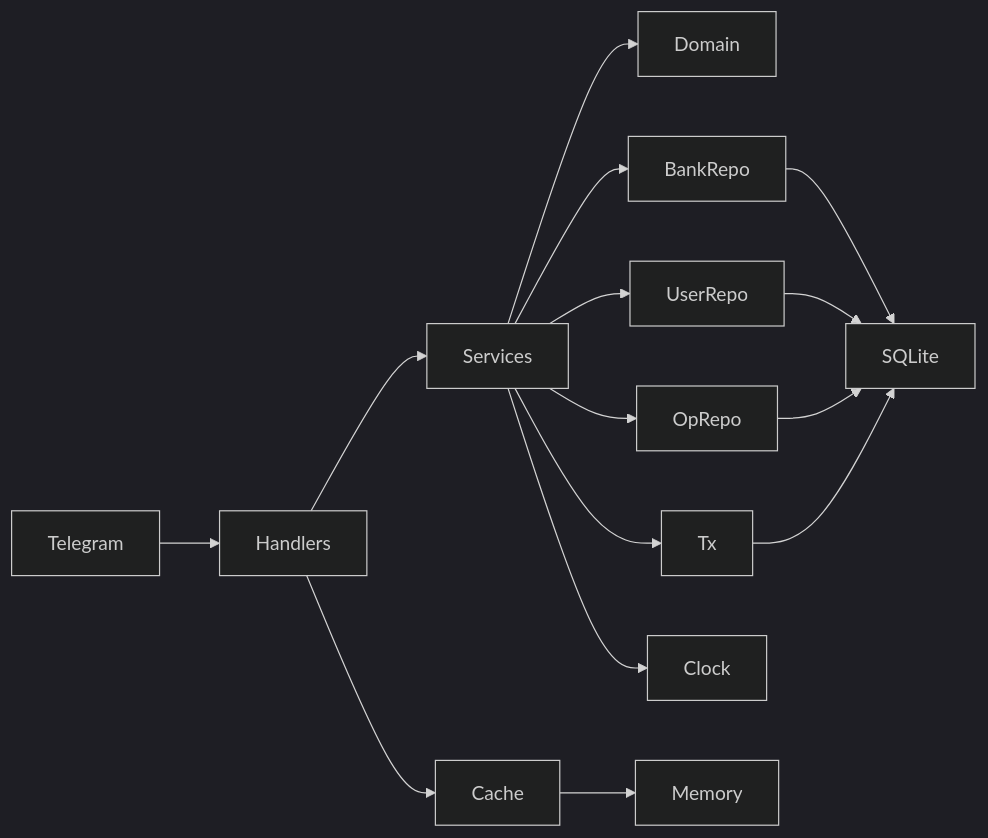
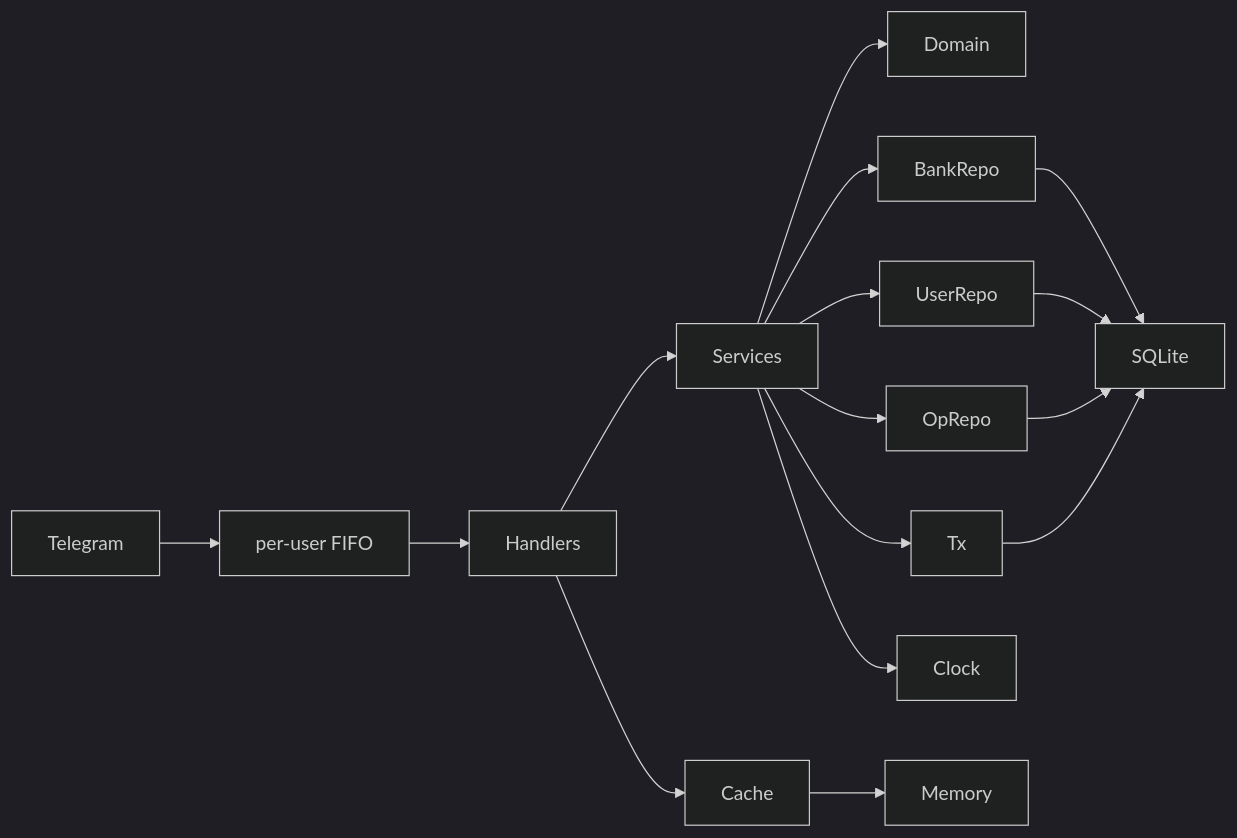
The second of 2 diagrams in plan.md (undochlorine/finbot), drawn with Mermaid (dark theme) before and after one commit. The commit also changed other lines of this file, not shown here.

````diff
--- a/plan.md
+++ b/plan.md
@@ -157,17 +166,18 @@
 ```mermaid
 flowchart LR
-  TG[Telegram] --> Handlers
+  TG[Telegram] --> Pending[per-user FIFO]
+  Pending --> Handlers
   Handlers --> Services
   Services --> Domain
   Services --> BankRepo
   Services --> UserRepo
   Services --> OpRepo
   Services --> Tx
   Services --> Clock
   BankRepo --> SQLite
   UserRepo --> SQLite
   OpRepo --> SQLite
   Tx --> SQLite
   Handlers --> Cache
   Cache --> Memory
 ```
````
